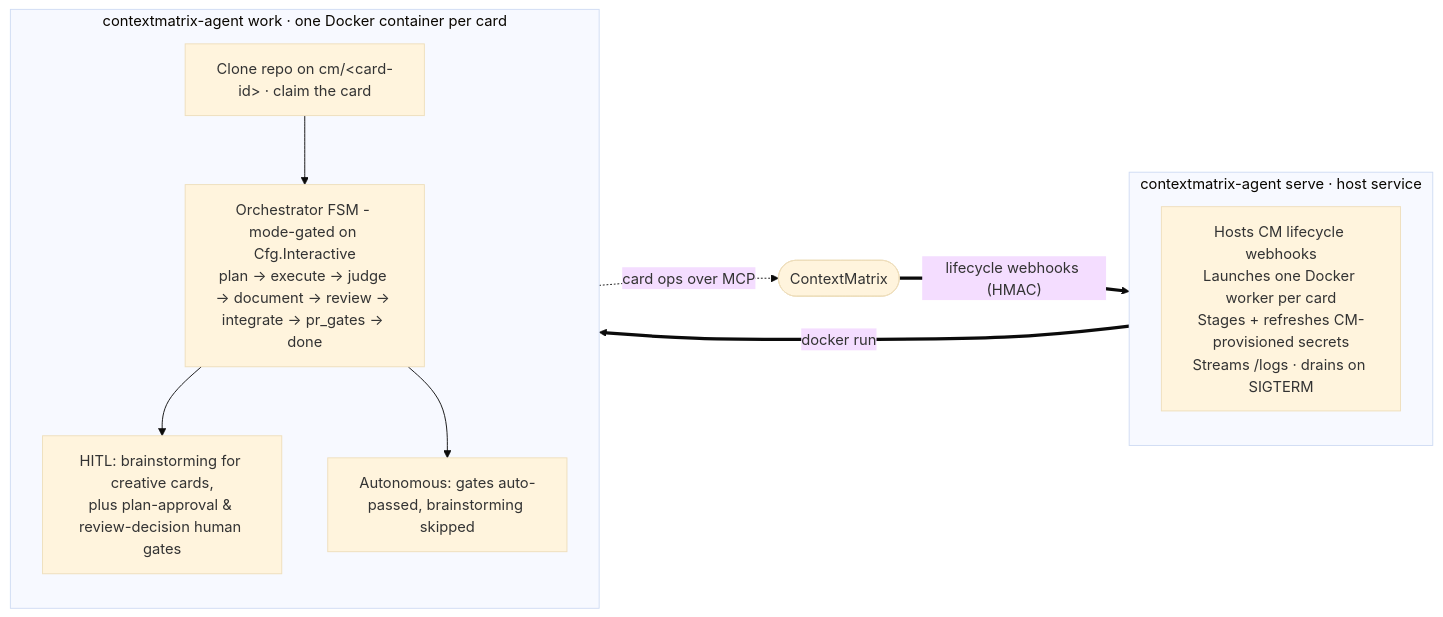
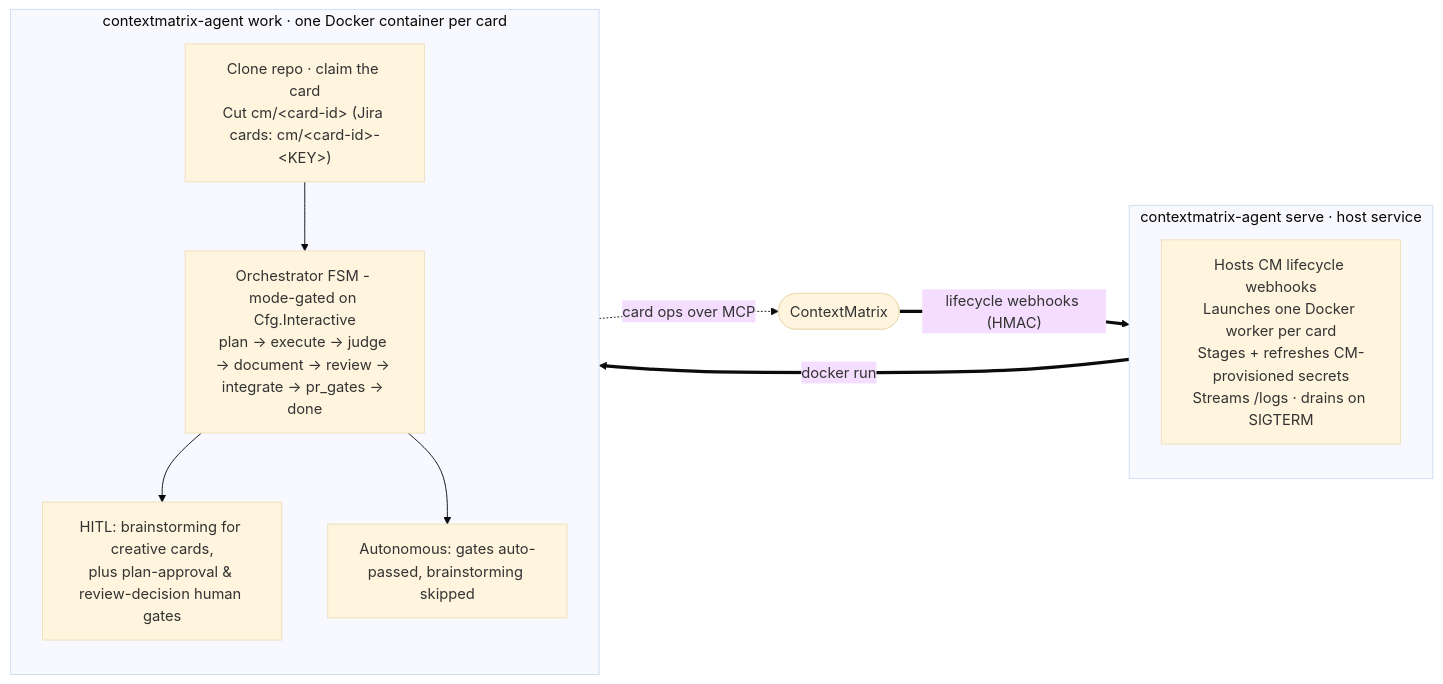
The diagram in README.md (mhersson/contextmatrix-agent), drawn with Mermaid (base theme) before and after one commit. The commit also changed 9 other files, not shown here.

First line of the commit message:
feat(worker): name the work branch after the card's Jira key

````diff
--- a/README.md
+++ b/README.md
@@ -39,24 +39,24 @@
 ```mermaid
 flowchart LR
     CM(["ContextMatrix"])
 
     subgraph serve["contextmatrix-agent serve · host service"]
         direction TB
         S["Hosts CM lifecycle webhooks<br/>Launches one Docker worker per card<br/>Stages + refreshes CM-provisioned secrets<br/>Streams /logs · drains on SIGTERM"]
     end
 
     subgraph work["contextmatrix-agent work · one Docker container per card"]
         direction TB
-        W["Clone repo on cm/&lt;card-id&gt; · claim the card"]
+        W["Clone repo · claim the card<br/>Cut cm/&lt;card-id&gt; (Jira cards: cm/&lt;card-id&gt;-&lt;KEY&gt;)"]
         FSM["Orchestrator FSM - mode-gated on Cfg.Interactive<br/>plan → execute → judge → document → review → integrate → pr_gates → done"]
         HITL["HITL: brainstorming for creative cards,<br/>plus plan-approval &amp; review-decision human gates"]
         AUTO["Autonomous: gates auto-passed, brainstorming skipped"]
         W --> FSM
         FSM --> HITL
         FSM --> AUTO
     end
 
     CM ==>|"lifecycle webhooks (HMAC)"| S
     S ==>|"docker run"| W
     W -.->|"card ops over MCP"| CM
 ```
````
